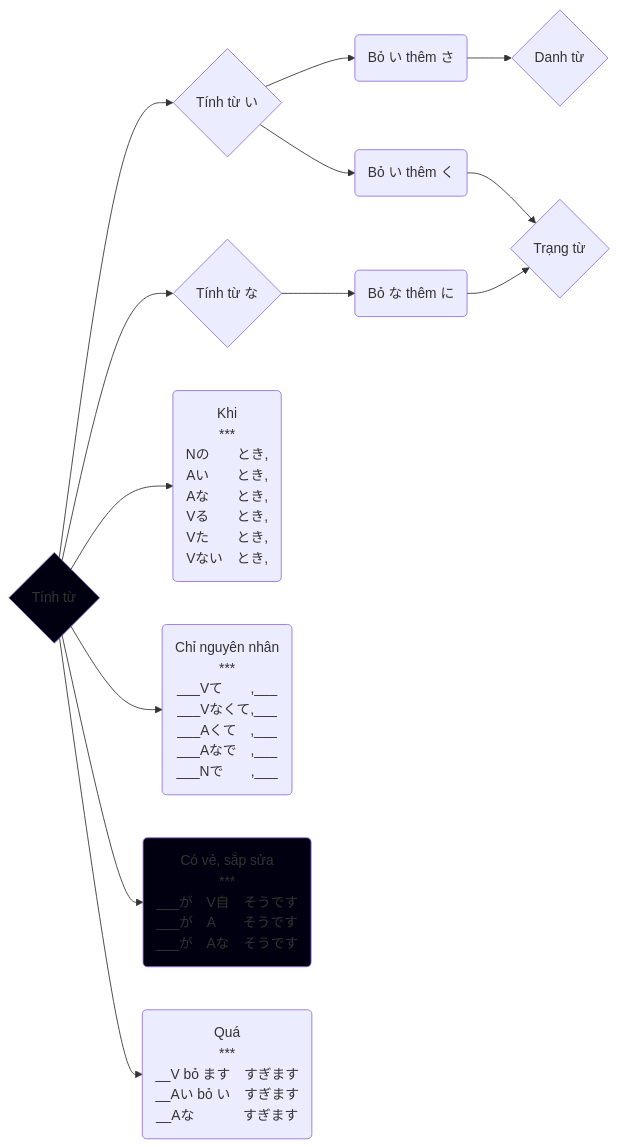
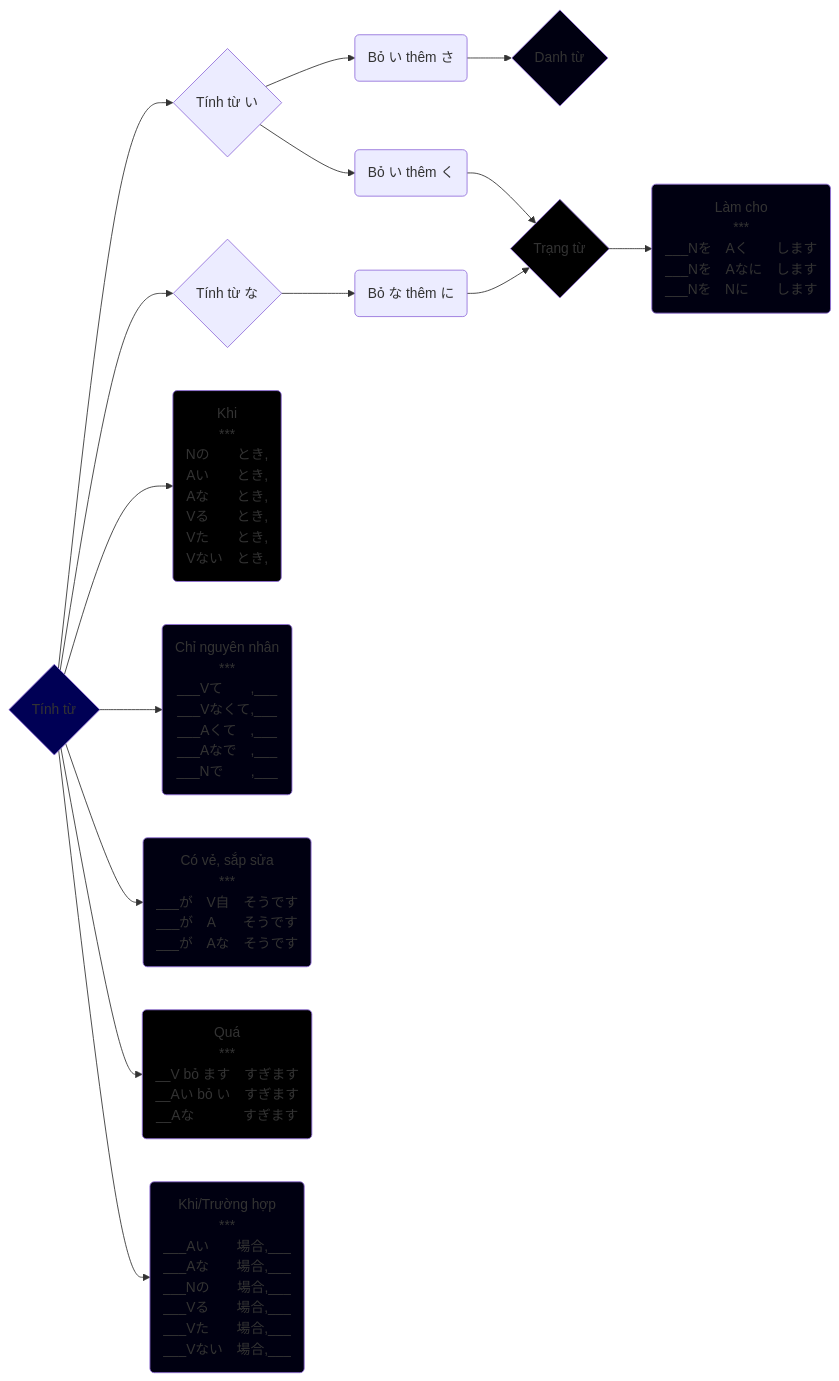
The diagram in Tinh_Tu_graph.md (tea1504/learn), drawn with Mermaid before and after one commit. The commit also changed 18 other files, not shown here.

````diff
--- a/Tinh_Tu_graph.md
+++ b/Tinh_Tu_graph.md
@@ -1,18 +1,28 @@
 ```mermaid
 graph LR;
     A{Tính từ}
 
     A-->Ai{Tính từ い}
     A-->Ana{Tính từ な}
 
     Ai-->AiN(Bỏ い thêm さ)-->N{Danh từ}
     Ai-->AiA(Bỏ い thêm く)-->Adv{Trạng từ}
     Ana-->AnaA(Bỏ な thêm に)-->Adv{Trạng từ}
     A-->khi(Khi\n***\nNの　　とき,\nAい　　とき,\nAな　　とき,\nVる　　とき,\nVた　　とき,\nVない　とき,)
     A-->chiNguyenNhan(Chỉ nguyên nhân\n***\n___Vて　　,___\n___Vなくて,___\n___Aくて　,___\n___Aなで　,___\n___Nで　　,___)
     A-->coVeSapSua(Có vẻ, sắp sửa\n***\n___が　V自　そうです\n___が　A　　そうです\n___が　Aな　そうです)
     A-->qua(Quá\n***\n__V bỏ ます　すぎます\n__Aい bỏ い　すぎます\n__Aな 　　 　すぎます)
+    Adv-->lamCho(Làm cho\n***\n___Nを　Aく　　します\n___Nを　Aなに　します\n___Nを　Nに　　します)
+    A-->truongHop(Khi/Trường hợp\n***\n___Aい　　場合,___\n___Aな　　場合,___\n___Nの　　場合,___\n___Vる　　場合,___\n___Vた　　場合,___\n___Vない　場合,___)
 
-    style A fill:#001
+    style A fill:#005
+    style Adv fill:#000
+    style chiNguyenNhan fill:#001
+    style coVeSapSua fill:#000
     style coVeSapSua fill:#001
+    style khi fill:#000
+    style lamCho fill:#001
+    style N fill:#001
+    style qua fill:#000
+    style truongHop fill:#001
 ```
````
